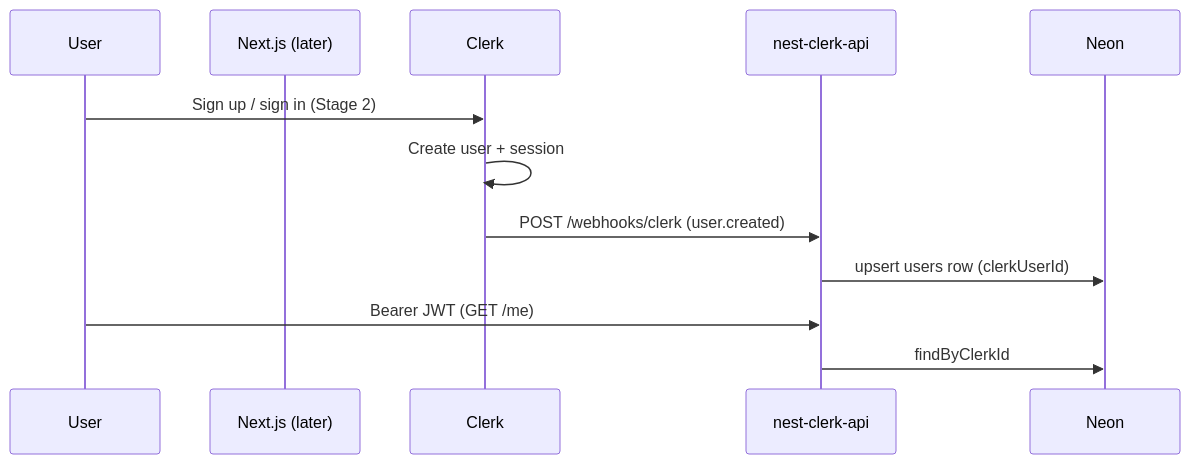
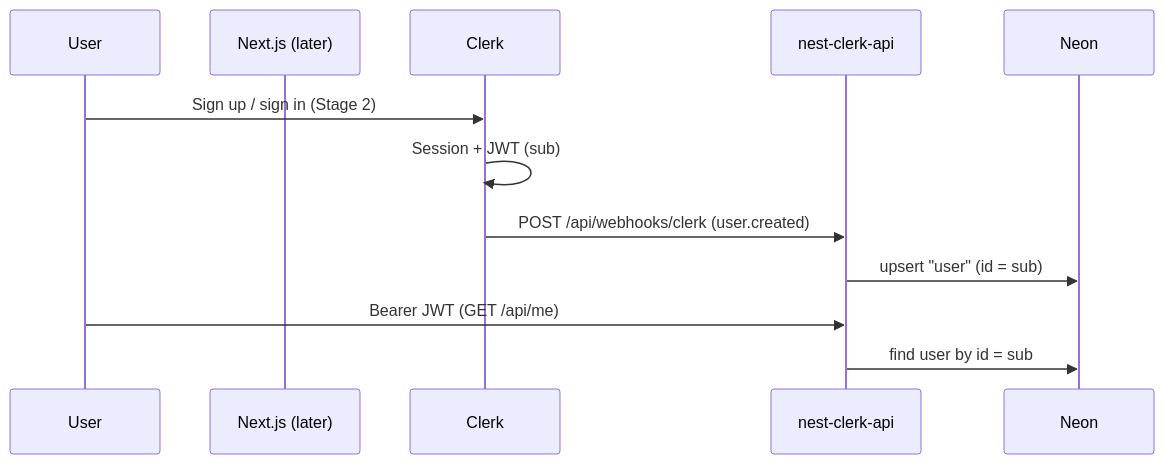
Before and after one commit to eric-nichols-nyc/CodeDrill: the diagram in apps/app/docs/context/features-spec/clerk-neon-auth/README.md, drawn with Mermaid. The commit also changed other lines of this file and 20 other files, not shown here.

First line of the commit message:
Implement Clerk authentication and user provisioning in nest-clerk-api

````diff
--- a/apps/app/docs/context/features-spec/clerk-neon-auth/README.md
+++ b/apps/app/docs/context/features-spec/clerk-neon-auth/README.md
@@ -10,15 +11,15 @@
 ```mermaid
 sequenceDiagram
   participant User
   participant Next as Next.js (later)
   participant Clerk
   participant API as nest-clerk-api
   participant DB as Neon
 
   User->>Clerk: Sign up / sign in (Stage 2)
-  Clerk->>Clerk: Create user + session
-  Clerk->>API: POST /webhooks/clerk (user.created)
-  API->>DB: upsert users row (clerkUserId)
-  User->>API: Bearer JWT (GET /me)
-  API->>DB: findByClerkId
+  Clerk->>Clerk: Session + JWT (sub)
+  Clerk->>API: POST /api/webhooks/clerk (user.created)
+  API->>DB: upsert "user" (id = sub)
+  User->>API: Bearer JWT (GET /api/me)
+  API->>DB: find user by id = sub
 ```
````
